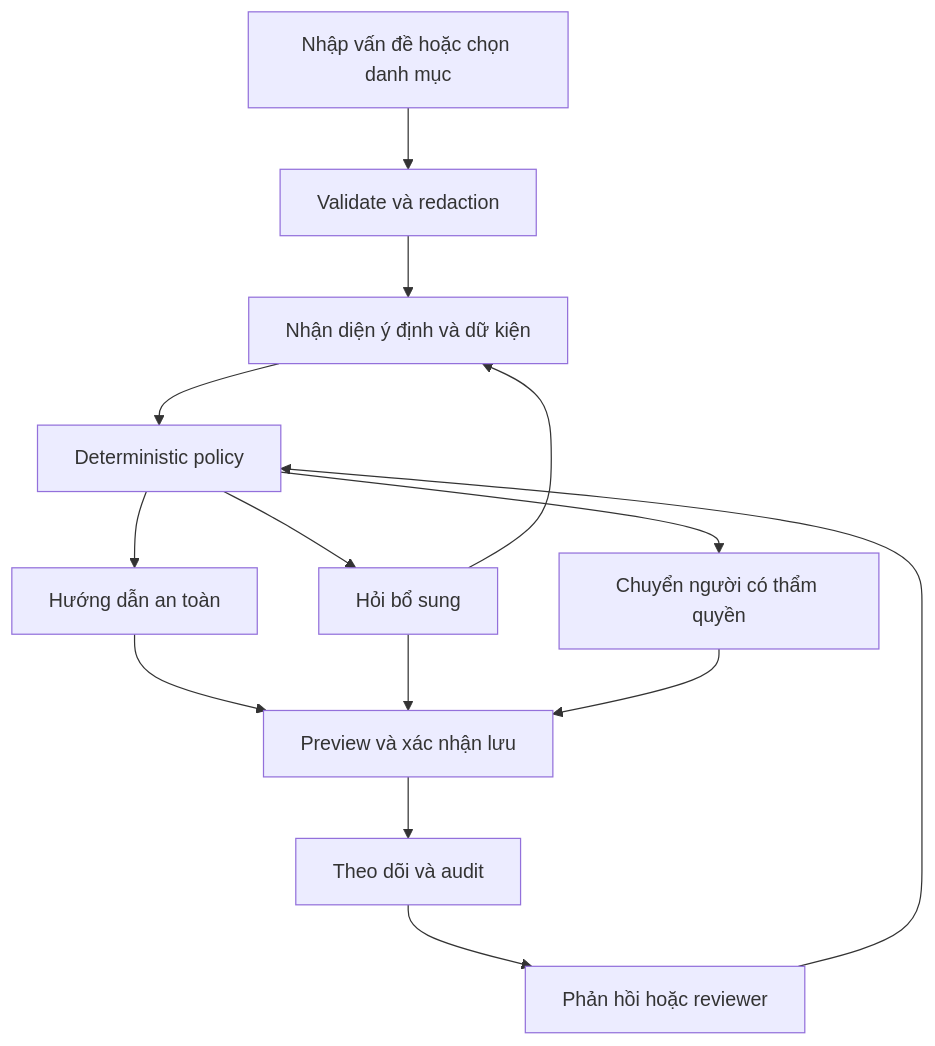
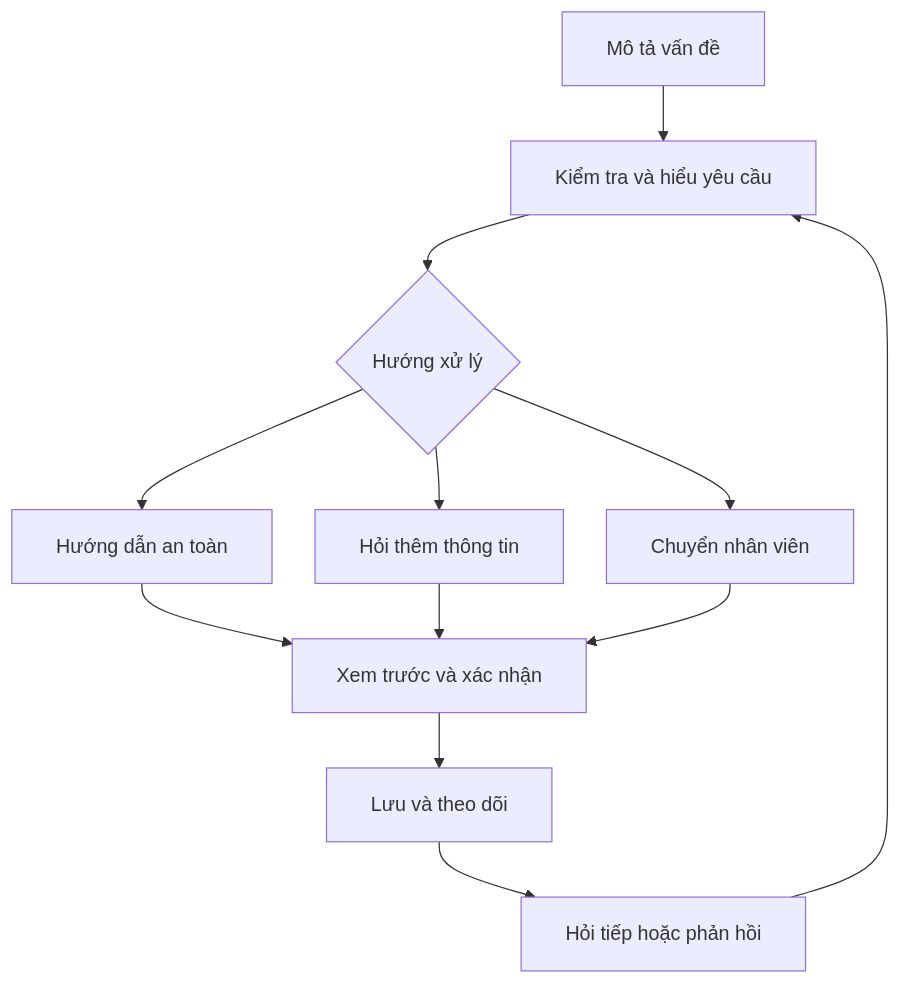
Before and after one commit to dakiemdarktharr/nosleepclub-support-desk: the first of 2 diagrams in README.md, drawn with Mermaid. The commit also changed other lines of this file and 40 other files, not shown here.

First line of the commit message:
docs: refresh product guide and simplify workflow diagrams

````diff
--- a/README.md
+++ b/README.md
@@ -81,16 +58,15 @@
 ```mermaid
+%%{init: {"flowchart": {"htmlLabels": false, "nodeSpacing": 35, "rankSpacing": 45, "padding": 18}}}%%
 flowchart TD
-  A[Nhập vấn đề hoặc chọn danh mục] --> B[Validate và redaction]
-  B --> C[Nhận diện ý định và dữ kiện]
-  C --> D[Deterministic policy]
-  D --> E[Hướng dẫn an toàn]
-  D --> F[Hỏi bổ sung]
-  D --> G[Chuyển người có thẩm quyền]
-  F --> C
-  E --> H[Preview và xác nhận lưu]
-  F --> H
-  G --> H
-  H --> I[Theo dõi và audit]
-  I --> J[Phản hồi hoặc reviewer]
-  J --> D
+  A["Mô tả vấn đề"] --> B["Kiểm tra và hiểu yêu cầu"]
+  B --> C{"Hướng xử lý"}
+  C --> D["Hướng dẫn an toàn"]
+  C --> E["Hỏi thêm thông tin"]
+  C --> F["Chuyển nhân viên"]
+  D --> G["Xem trước và xác nhận"]
+  E --> G
+  F --> G
+  G --> H["Lưu và theo dõi"]
+  H --> I["Hỏi tiếp hoặc phản hồi"]
+  I --> B
 ```
````
